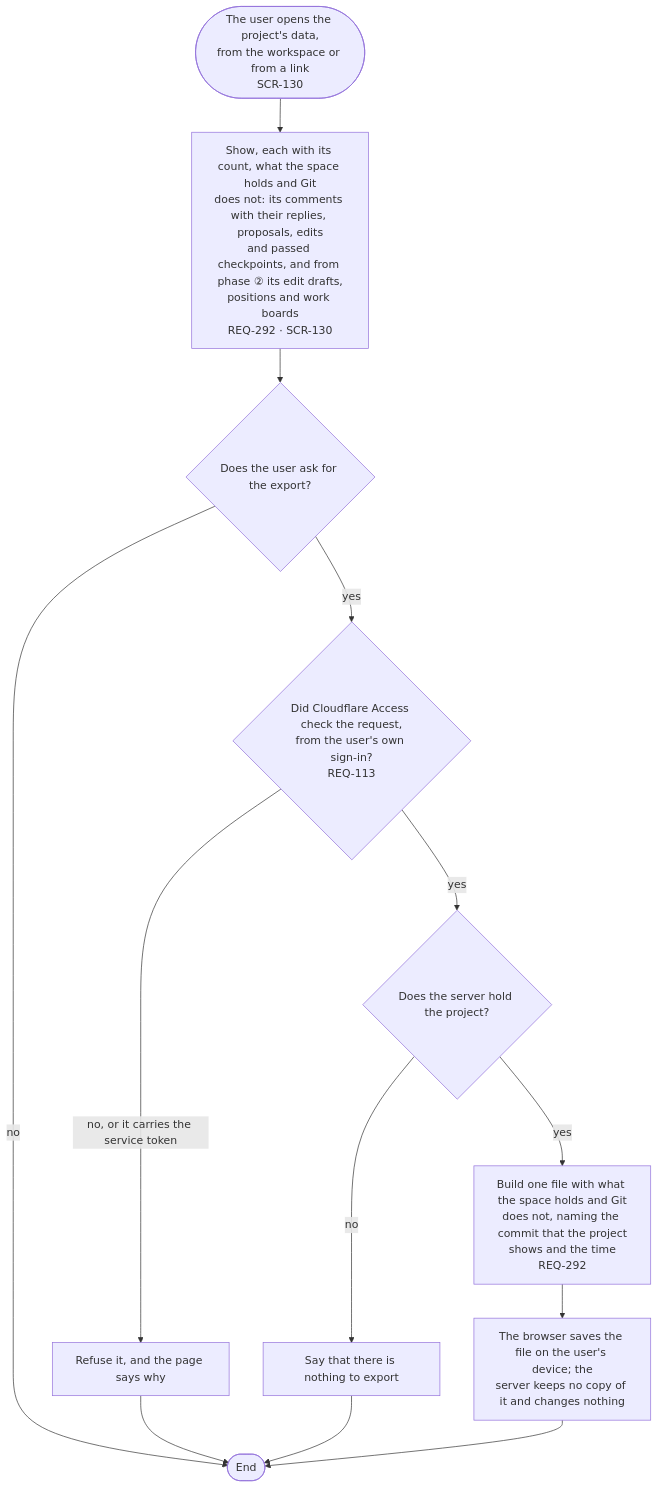
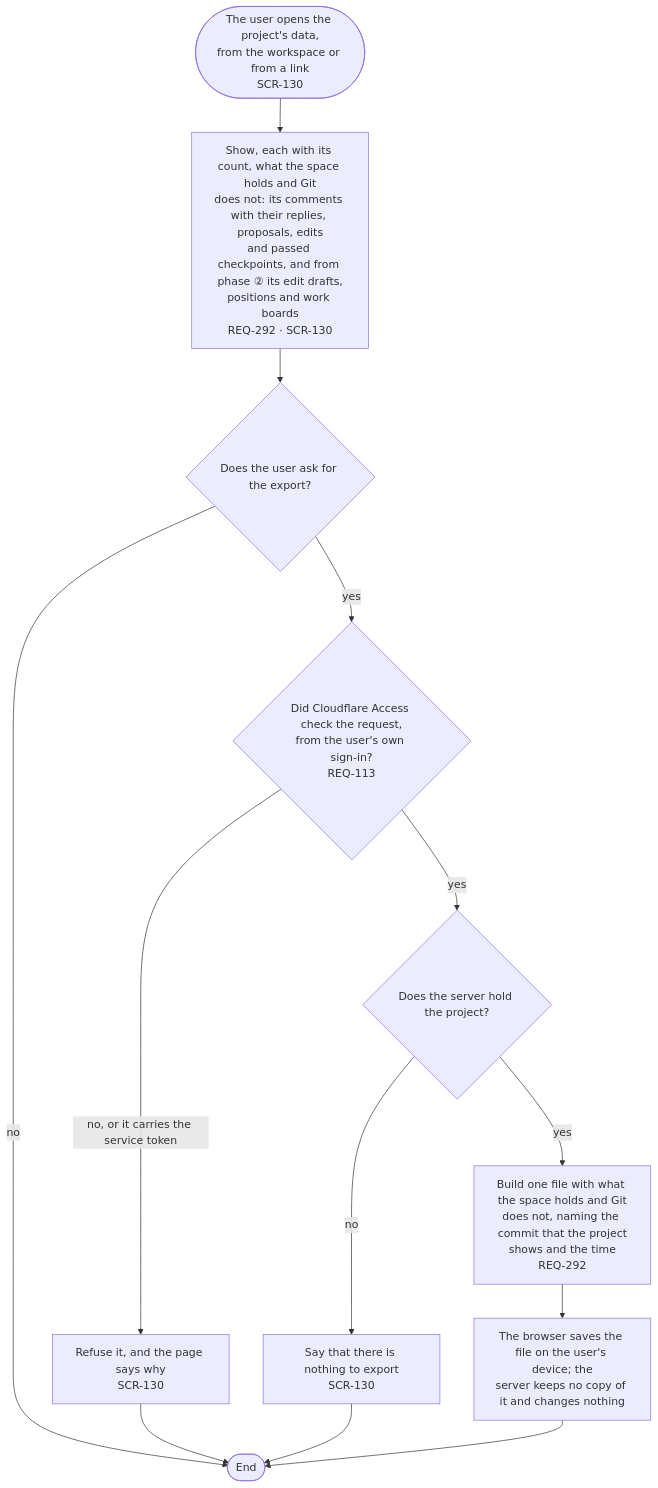
Before and after one commit to kodonghui/corthex-nexus: the diagram in docs/03-user-flow/nexus/FL-127-export-a-project-space.md, drawn with Mermaid. The commit also changed 22 other files, not shown here.

````diff
--- a/docs/03-user-flow/nexus/FL-127-export-a-project-space.md
+++ b/docs/03-user-flow/nexus/FL-127-export-a-project-space.md
@@ -9,15 +9,15 @@
 ```mermaid
 flowchart TD
   A(["The user opens the project's data,<br/>from the workspace or from a link<br/>SCR-130"]) --> B["Show, each with its count, what the space holds and Git<br/>does not: its comments with their replies, proposals, edits<br/>and passed checkpoints, and from phase ② its edit drafts,<br/>positions and work boards<br/>REQ-292 · SCR-130"]
   B --> C{"Does the user ask for the export?"}
   C -->|no| Z(["End"])
   C -->|yes| D{"Did Cloudflare Access check the request,<br/>from the user's own sign-in?<br/>REQ-113"}
-  D -->|no, or it carries the service token| D1["Refuse it, and the page says why"]
+  D -->|no, or it carries the service token| D1["Refuse it, and the page says why<br/>SCR-130"]
   D1 --> Z
   D -->|yes| E{"Does the server hold the project?"}
-  E -->|no| E1["Say that there is nothing to export"]
+  E -->|no| E1["Say that there is nothing to export<br/>SCR-130"]
   E1 --> Z
   E -->|yes| F["Build one file with what the space holds and Git<br/>does not, naming the commit that the project<br/>shows and the time<br/>REQ-292"]
   F --> G["The browser saves the file on the user's device; the<br/>server keeps no copy of it and changes nothing"]
   G --> Z
 ```
````
